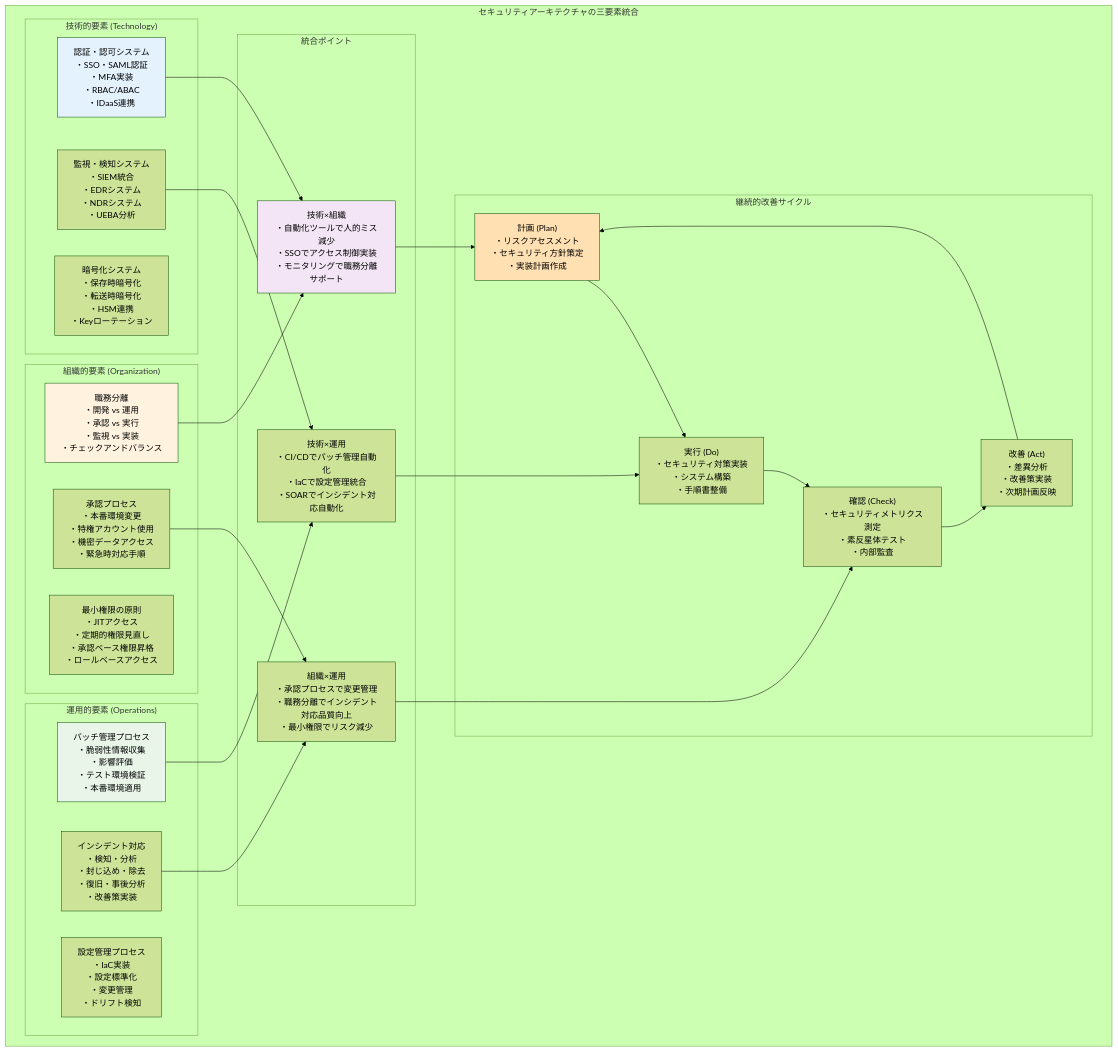
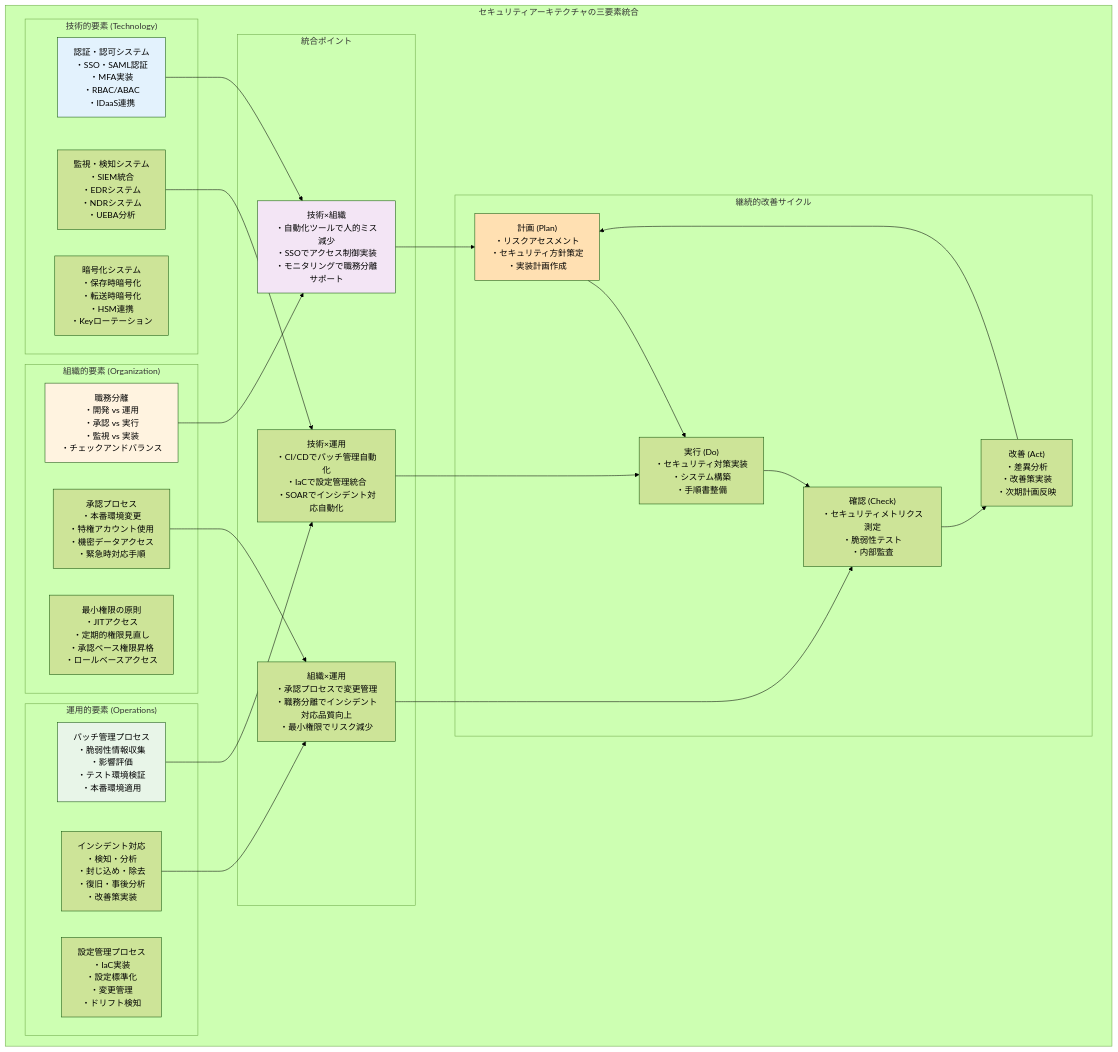
One commit to itdojp/it-infra-security-guide-book changed the third of 5 diagrams in src/chapter-chapter02/index.md. Above: the diagram before and after it, drawn with Mermaid (forest theme).

````diff
--- a/src/chapter-chapter02/index.md
+++ b/src/chapter-chapter02/index.md
@@ -256,59 +256,59 @@
 ```mermaid
 graph TD
     subgraph "セキュリティアーキテクチャの三要素統合"
         subgraph "技術的要素 (Technology)"
             AuthSystem["認証・認可システム<br/>・SSO・SAML認証<br/>・MFA実装<br/>・RBAC/ABAC<br/>・IDaaS連携"]
             CryptoSystem["暗号化システム<br/>・保存時暗号化<br/>・転送時暗号化<br/>・HSM連携<br/>・Keyローテーション"]
             MonitoringSystem["監視・検知システム<br/>・SIEM統合<br/>・EDRシステム<br/>・NDRシステム<br/>・UEBA分析"]
         end
         
         subgraph "組織的要素 (Organization)"
             Separation["職務分離<br/>・開発 vs 運用<br/>・承認 vs 実行<br/>・監視 vs 実装<br/>・チェックアンドバランス"]
             LeastPrivilege["最小権限の原則<br/>・JITアクセス<br/>・定期的権限見直し<br/>・承認ベース権限昇格<br/>・ロールベースアクセス"]
             ApprovalProcess["承認プロセス<br/>・本番環境変更<br/>・特権アカウント使用<br/>・機密データアクセス<br/>・緊急時対応手順"]
         end
         
         subgraph "運用的要素 (Operations)"
             PatchManagement["パッチ管理プロセス<br/>・脆弱性情報収集<br/>・影響評価<br/>・テスト環境検証<br/>・本番環境適用"]
             ConfigManagement["設定管理プロセス<br/>・IaC実装<br/>・設定標準化<br/>・変更管理<br/>・ドリフト検知"]
             IncidentResponse["インシデント対応<br/>・検知・分析<br/>・封じ込め・除去<br/>・復旧・事後分析<br/>・改善策実装"]
         end
         
         subgraph "統合ポイント"
             Integration1["技術×組織<br/>・自動化ツールで人的ミス減少<br/>・SSOでアクセス制御実装<br/>・モニタリングで職務分離サポート"]
             Integration2["技術×運用<br/>・CI/CDでパッチ管理自動化<br/>・IaCで設定管理統合<br/>・SOARでインシデント対応自動化"]
             Integration3["組織×運用<br/>・承認プロセスで変更管理<br/>・職務分離でインシデント対応品質向上<br/>・最小権限でリスク減少"]
         end
         
         subgraph "継続的改善サイクル"
             Plan["計画 (Plan)<br/>・リスクアセスメント<br/>・セキュリティ方針策定<br/>・実装計画作成"]
             Do["実行 (Do)<br/>・セキュリティ対策実装<br/>・システム構築<br/>・手順書整備"]
-            Check["確認 (Check)<br/>・セキュリティメトリクス測定<br/>・素反星体テスト<br/>・内部監査"]
+            Check["確認 (Check)<br/>・セキュリティメトリクス測定<br/>・脆弱性テスト<br/>・内部監査"]
             Act["改善 (Act)<br/>・差異分析<br/>・改善策実装<br/>・次期計画反映"]
         end
         
         AuthSystem --> Integration1
         Separation --> Integration1
         
         MonitoringSystem --> Integration2
         PatchManagement --> Integration2
         
         ApprovalProcess --> Integration3
         IncidentResponse --> Integration3
         
         Integration1 --> Plan
         Integration2 --> Do
         Integration3 --> Check
         
         Plan --> Do
         Do --> Check
         Check --> Act
         Act --> Plan
     end
     
     style AuthSystem fill:#e3f2fd
     style Separation fill:#fff3e0
     style PatchManagement fill:#e8f5e8
     style Integration1 fill:#f3e5f5
     style Plan fill:#ffe0b2
 ```
````
